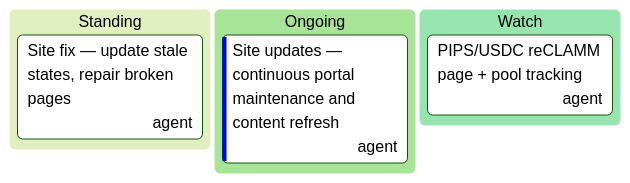
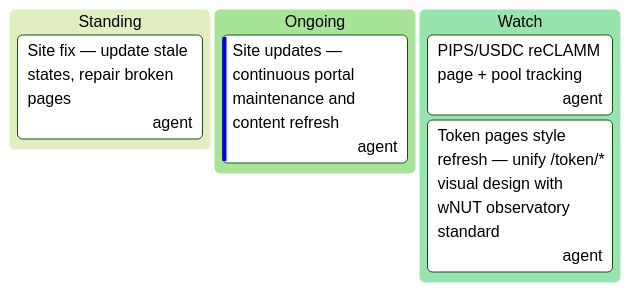
Before and after one commit to BASEDNUT/liquidity: the diagram in TODO.md, drawn with Mermaid (forest theme). The commit also changed other lines of this file and 7 other files, not shown here.

Commit message:
wNUT moved to /token/wnut (token-family path), /wnut 308 redirect, nav/sitemap/llms/tests updated; TODO S-4 token style refresh

````diff
--- a/TODO.md
+++ b/TODO.md
@@ -12,9 +12,10 @@
 ```mermaid
 kanban
   standing[Standing]
     sitefix[Site fix — update stale states, repair broken pages]@{priority: "Medium", assigned: "agent"}
   ongoing[Ongoing]
     siteupdates[Site updates — continuous portal maintenance and content refresh]@{priority: "Low", assigned: "agent"}
   watch[Watch]
     reclamm[PIPS/USDC reCLAMM page + pool tracking]@{priority: "Medium", assigned: "agent"}
+    tokenstyle[Token pages style refresh — unify /token/* visual design with wNUT observatory standard]@{priority: "Medium", assigned: "agent"}
 ```
````
